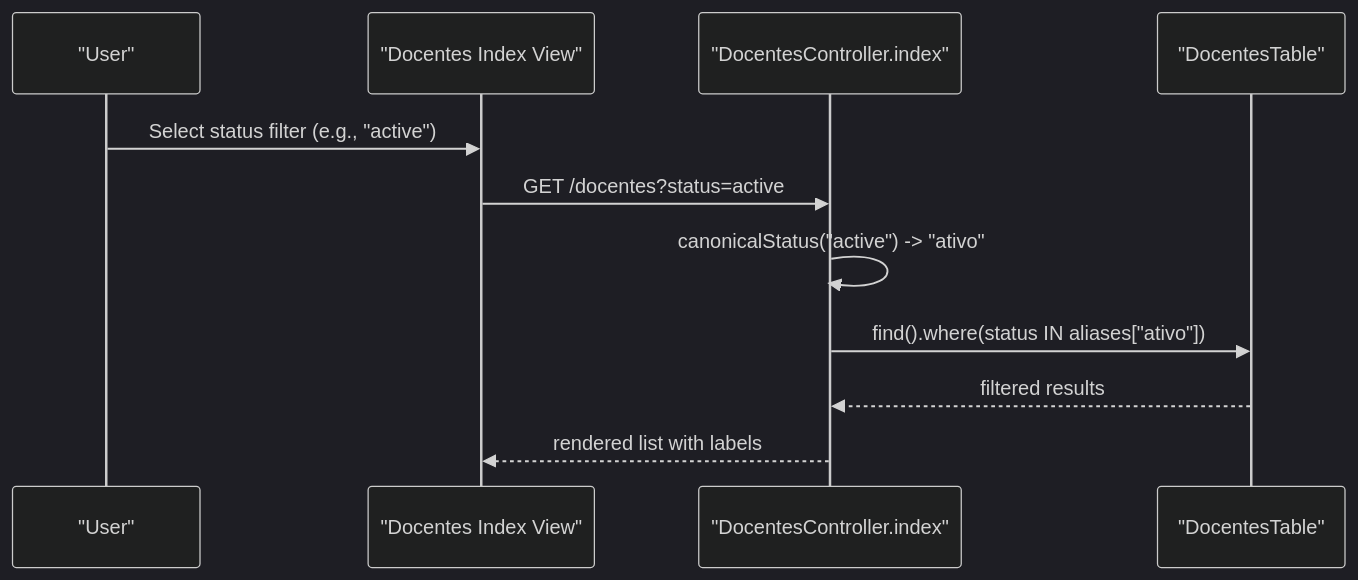
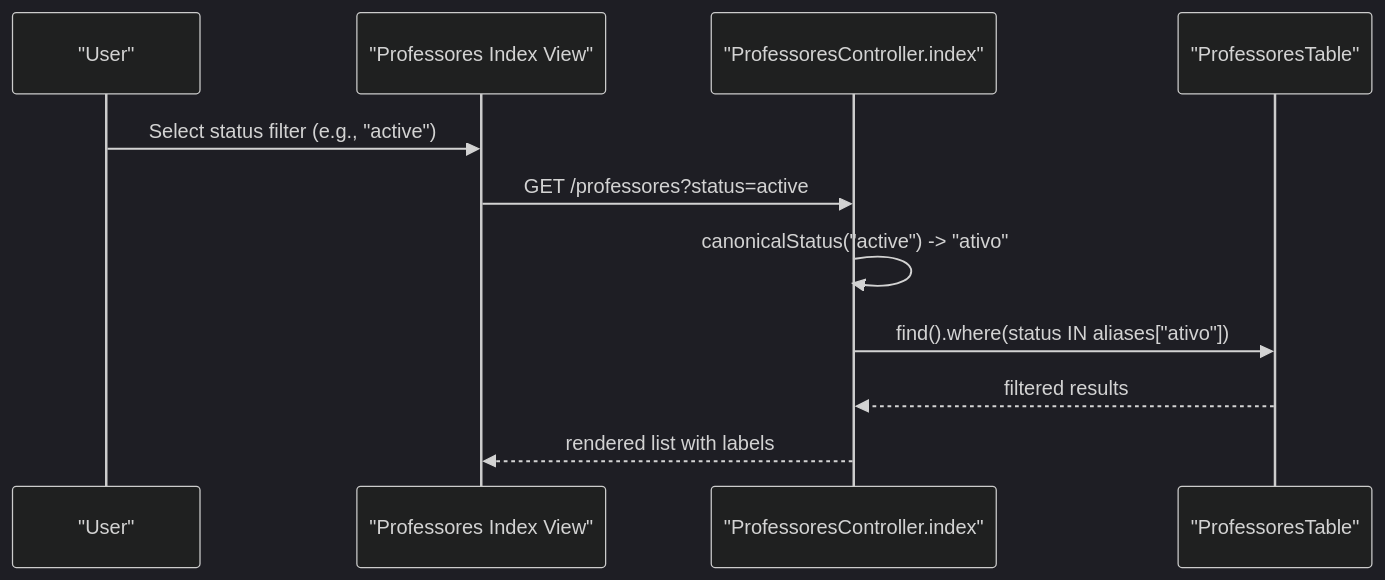
The fifth of 8 diagrams in .qoder/repowiki/en/content/Core Features/Faculty Management/Faculty Status Tracking.md (luiseduacosta/planejamento5), drawn with Mermaid (dark theme) before and after one commit. The commit also changed other lines of this file and 37 other files, not shown here.

Commit message:
repowiki: rename Docentes → Professores in metadata

````diff
--- a/.qoder/repowiki/en/content/Core Features/Faculty Management/Faculty Status Tracking.md
+++ b/.qoder/repowiki/en/content/Core Features/Faculty Management/Faculty Status Tracking.md
@@ -212,13 +212,13 @@
 ```mermaid
 sequenceDiagram
 participant U as "User"
-participant V as "Docentes Index View"
-participant C as "DocentesController.index"
-participant T as "DocentesTable"
+participant V as "Professores Index View"
+participant C as "ProfessoresController.index"
+participant T as "ProfessoresTable"
 U->>V : Select status filter (e.g., "active")
-V->>C : GET /docentes?status=active
+V->>C : GET /professores?status=active
 C->>C : canonicalStatus("active") -> "ativo"
 C->>T : find().where(status IN aliases["ativo"])
 T-->>C : filtered results
 C-->>V : rendered list with labels
 ```
````
